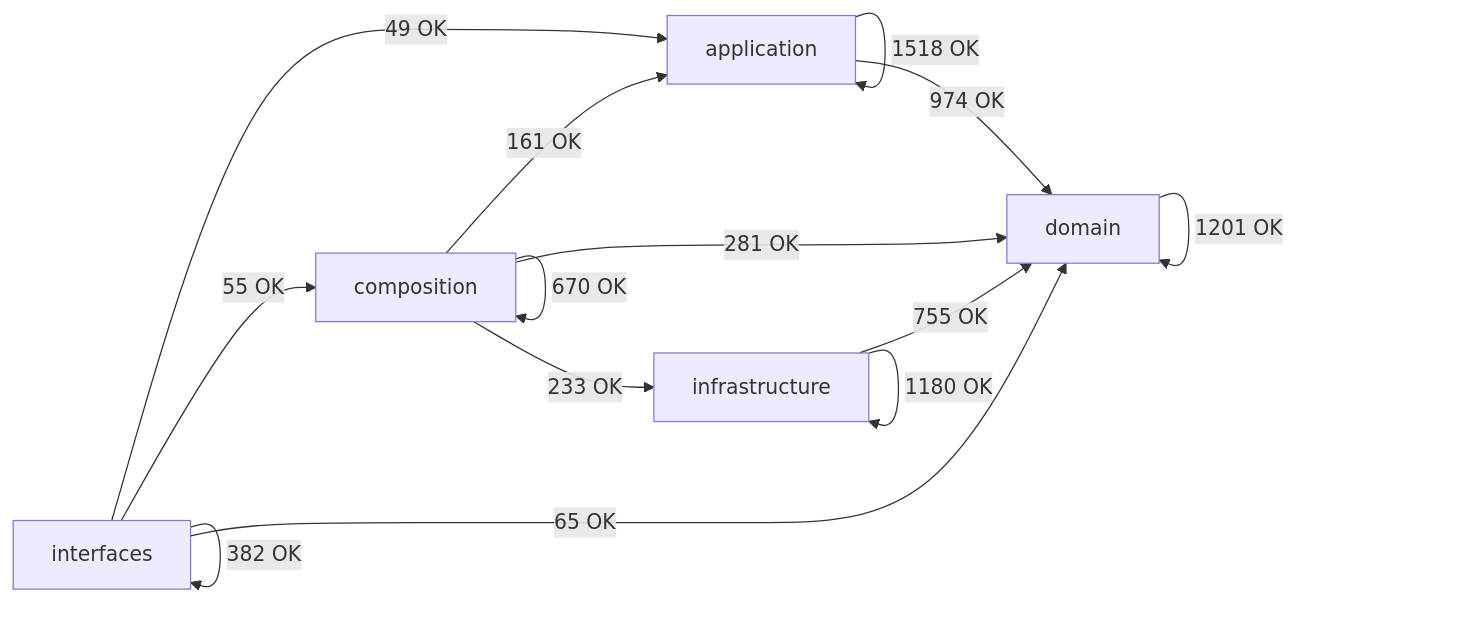
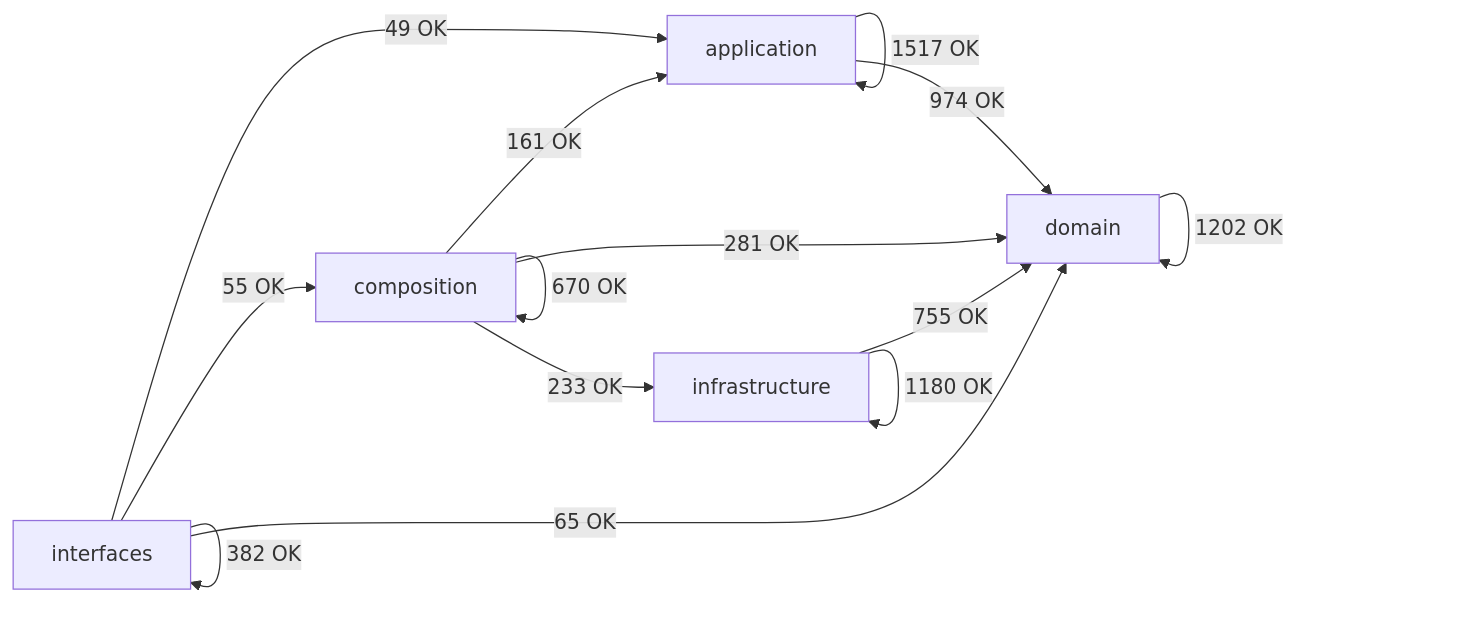
One commit to SatoryKono/BioactivityDataAcquisition changed the diagram in docs/02-architecture/generated/module-dependency-map.md. Above: the diagram before and after it, drawn with Mermaid. The commit also changed other lines of this file and 5 other files, not shown here.

````diff
--- a/docs/02-architecture/generated/module-dependency-map.md
+++ b/docs/02-architecture/generated/module-dependency-map.md
@@ -17,21 +17,21 @@
 ```mermaid
 flowchart LR
     domain[domain]
     application[application]
     infrastructure[infrastructure]
     composition[composition]
     interfaces[interfaces]
-    application -->|1518 OK| application
+    application -->|1517 OK| application
     application -->|974 OK| domain
     composition -->|161 OK| application
     composition -->|670 OK| composition
     composition -->|281 OK| domain
     composition -->|233 OK| infrastructure
-    domain -->|1201 OK| domain
+    domain -->|1202 OK| domain
     infrastructure -->|755 OK| domain
     infrastructure -->|1180 OK| infrastructure
     interfaces -->|49 OK| application
     interfaces -->|55 OK| composition
     interfaces -->|65 OK| domain
     interfaces -->|382 OK| interfaces
 ```
````
